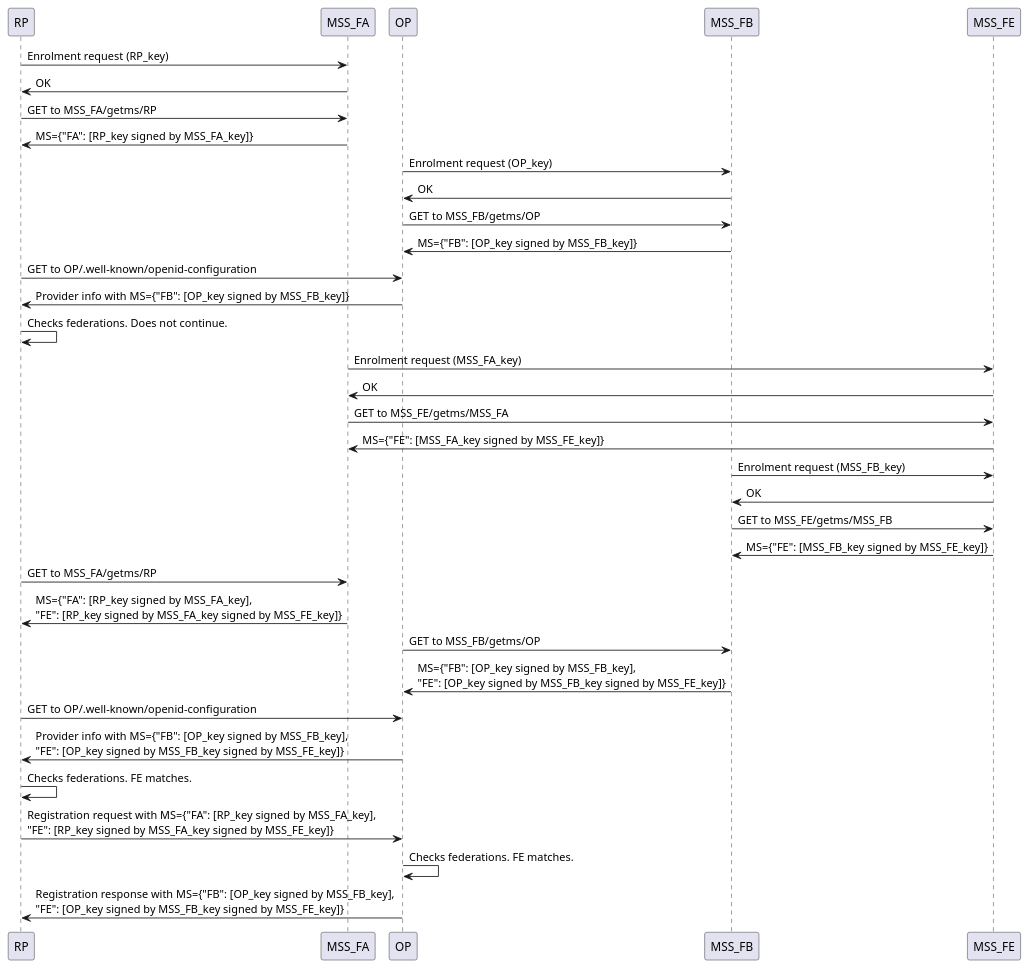
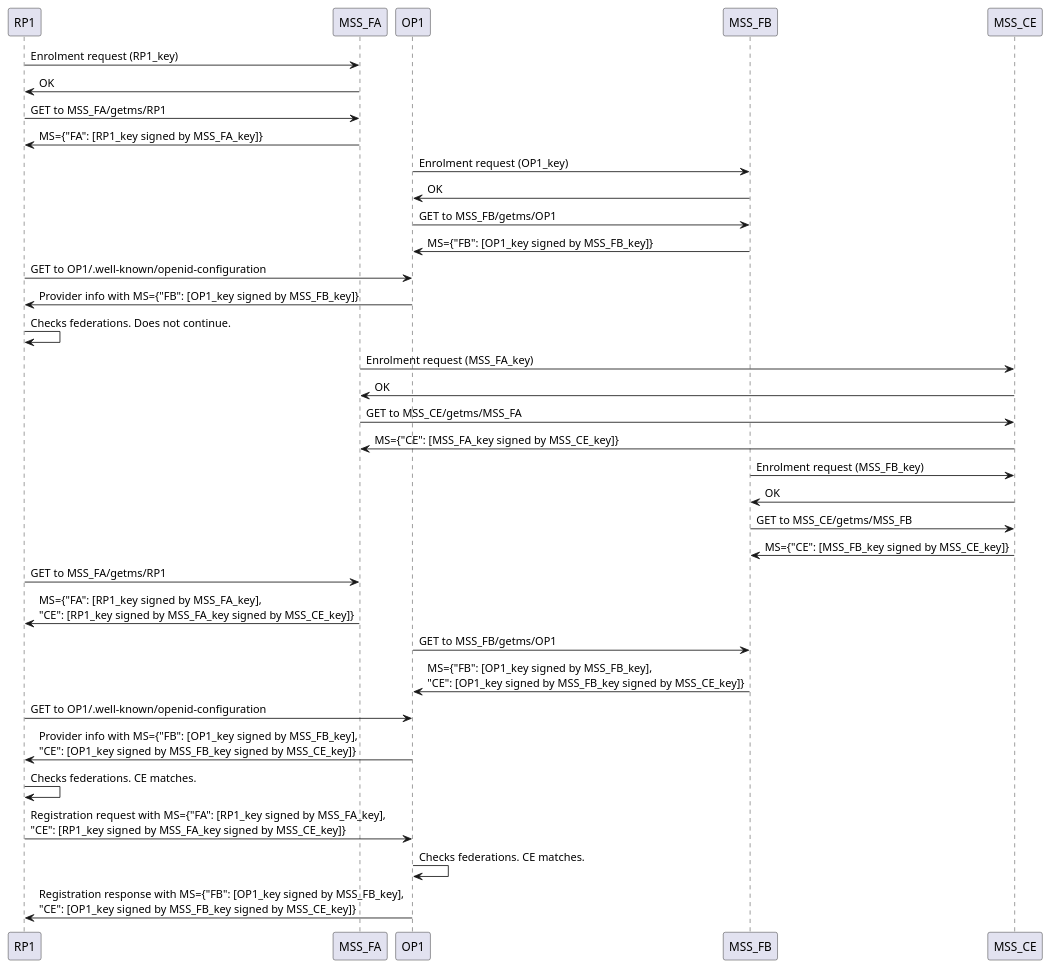
The diagram in doc/howto/multifederation.plantuml (daserzw/fedoidc), drawn with PlantUML before and after one commit.

Commit message:
Use Steffen terms

```diff
--- a/doc/howto/multifederation.plantuml
+++ b/doc/howto/multifederation.plantuml
@@ -1,36 +1,36 @@
-RP      -> MSS_FA:  Enrolment request (RP_key)
-MSS_FA  -> RP:      OK
-RP      -> MSS_FA:  GET to MSS_FA/getms/RP
-MSS_FA  -> RP:      MS={"FA": [RP_key signed by MSS_FA_key]}
+RP1      -> MSS_FA:  Enrolment request (RP1_key)
+MSS_FA   -> RP1:     OK
+RP1      -> MSS_FA:  GET to MSS_FA/getms/RP1
+MSS_FA   -> RP1:     MS={"FA": [RP1_key signed by MSS_FA_key]}
 
-OP      -> MSS_FB:  Enrolment request (OP_key)
-MSS_FB  -> OP:      OK
-OP      -> MSS_FB:  GET to MSS_FB/getms/OP
-MSS_FB  -> OP:      MS={"FB": [OP_key signed by MSS_FB_key]}
+OP1      -> MSS_FB:  Enrolment request (OP1_key)
+MSS_FB   -> OP1:     OK
+OP1      -> MSS_FB:  GET to MSS_FB/getms/OP1
+MSS_FB   -> OP1:     MS={"FB": [OP1_key signed by MSS_FB_key]}
 
-RP      -> OP:      GET to OP/.well-known/openid-configuration
-OP      -> RP:      Provider info with MS={"FB": [OP_key signed by MSS_FB_key]}
-RP      -> RP:      Checks federations. Does not continue.
+RP1      -> OP1:     GET to OP1/.well-known/openid-configuration
+OP1      -> RP1:     Provider info with MS={"FB": [OP1_key signed by MSS_FB_key]}
+RP1      -> RP1:     Checks federations. Does not continue.
 
-MSS_FA  -> MSS_FE:  Enrolment request (MSS_FA_key)
-MSS_FE  -> MSS_FA:  OK
-MSS_FA  -> MSS_FE:  GET to MSS_FE/getms/MSS_FA
-MSS_FE  -> MSS_FA:  MS={"FE": [MSS_FA_key signed by MSS_FE_key]}
+MSS_FA   -> MSS_CE:  Enrolment request (MSS_FA_key)
+MSS_CE   -> MSS_FA:  OK
+MSS_FA   -> MSS_CE:  GET to MSS_CE/getms/MSS_FA
+MSS_CE   -> MSS_FA:  MS={"CE": [MSS_FA_key signed by MSS_CE_key]}
 
-MSS_FB  -> MSS_FE:  Enrolment request (MSS_FB_key)
-MSS_FE  -> MSS_FB:  OK
-MSS_FB  -> MSS_FE:  GET to MSS_FE/getms/MSS_FB
-MSS_FE  -> MSS_FB:  MS={"FE": [MSS_FB_key signed by MSS_FE_key]}
+MSS_FB   -> MSS_CE:  Enrolment request (MSS_FB_key)
+MSS_CE   -> MSS_FB:  OK
+MSS_FB   -> MSS_CE:  GET to MSS_CE/getms/MSS_FB
+MSS_CE   -> MSS_FB:  MS={"CE": [MSS_FB_key signed by MSS_CE_key]}
 
-RP      -> MSS_FA:  GET to MSS_FA/getms/RP
-MSS_FA  -> RP:      MS={"FA": [RP_key signed by MSS_FA_key], \n"FE": [RP_key signed by MSS_FA_key signed by MSS_FE_key]}
+RP1      -> MSS_FA:  GET to MSS_FA/getms/RP1
+MSS_FA   -> RP1:     MS={"FA": [RP1_key signed by MSS_FA_key], \n"CE": [RP1_key signed by MSS_FA_key signed by MSS_CE_key]}
 
-OP      -> MSS_FB:  GET to MSS_FB/getms/OP
-MSS_FB  -> OP:      MS={"FB": [OP_key signed by MSS_FB_key], \n"FE": [OP_key signed by MSS_FB_key signed by MSS_FE_key]}
+OP1      -> MSS_FB:  GET to MSS_FB/getms/OP1
+MSS_FB   -> OP1:     MS={"FB": [OP1_key signed by MSS_FB_key], \n"CE": [OP1_key signed by MSS_FB_key signed by MSS_CE_key]}
 
-RP      -> OP:      GET to OP/.well-known/openid-configuration
-OP      -> RP:      Provider info with MS={"FB": [OP_key signed by MSS_FB_key], \n"FE": [OP_key signed by MSS_FB_key signed by MSS_FE_key]}
-RP      -> RP:      Checks federations. FE matches.
-RP      -> OP:      Registration request with MS={"FA": [RP_key signed by MSS_FA_key], \n"FE": [RP_key signed by MSS_FA_key signed by MSS_FE_key]}
-OP      -> OP:      Checks federations. FE matches.
-OP      -> RP:      Registration response with MS={"FB": [OP_key signed by MSS_FB_key], \n"FE": [OP_key signed by MSS_FB_key signed by MSS_FE_key]}
+RP1      -> OP1:     GET to OP1/.well-known/openid-configuration
+OP1      -> RP1:     Provider info with MS={"FB": [OP1_key signed by MSS_FB_key], \n"CE": [OP1_key signed by MSS_FB_key signed by MSS_CE_key]}
+RP1      -> RP1:     Checks federations. CE matches.
+RP1      -> OP1:     Registration request with MS={"FA": [RP1_key signed by MSS_FA_key], \n"CE": [RP1_key signed by MSS_FA_key signed by MSS_CE_key]}
+OP1      -> OP1:     Checks federations. CE matches.
+OP1      -> RP1:     Registration response with MS={"FB": [OP1_key signed by MSS_FB_key], \n"CE": [OP1_key signed by MSS_FB_key signed by MSS_CE_key]}
```
